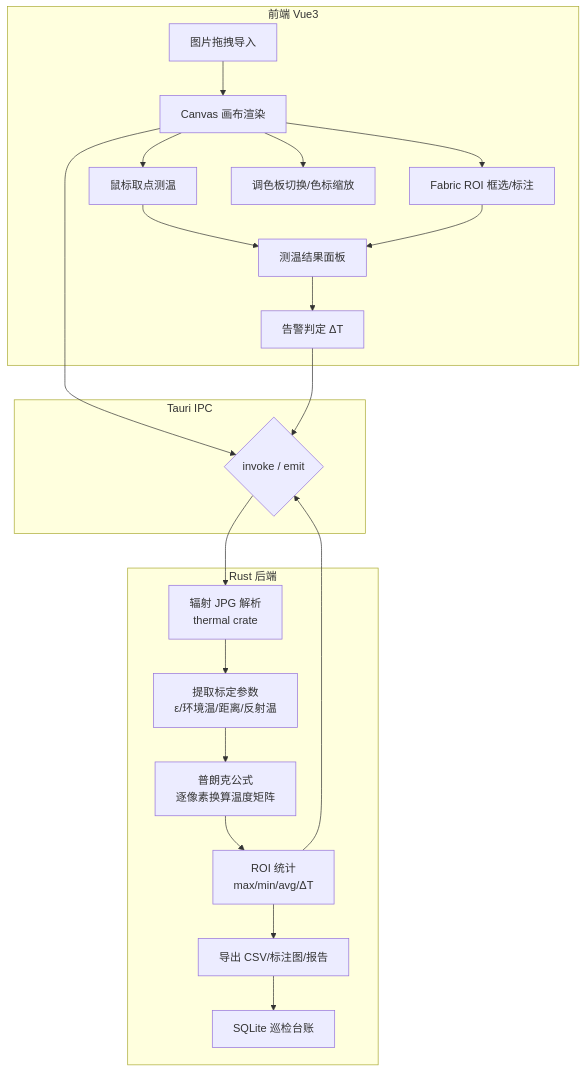
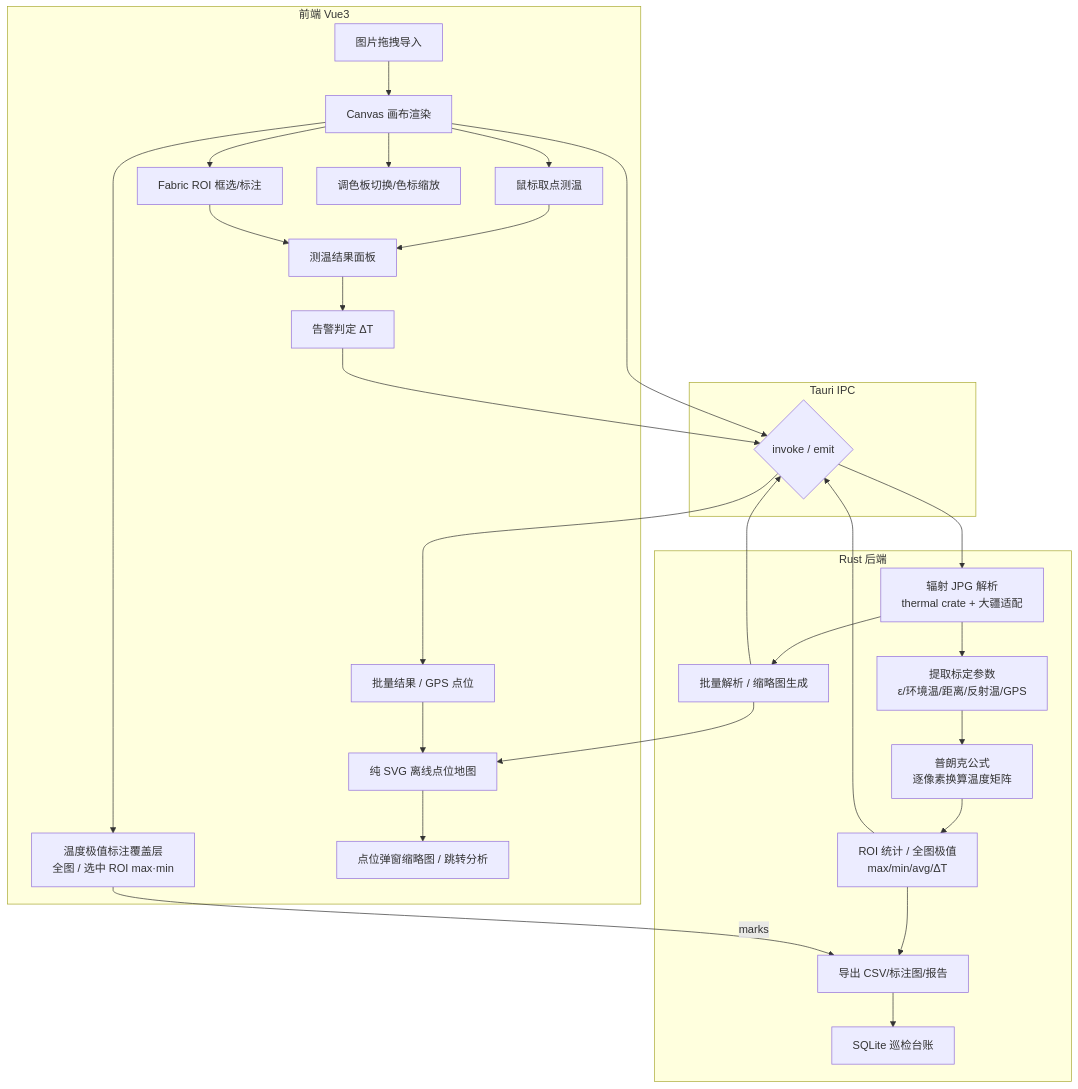
Before and after one commit to Mars-tc/InfraredImageRecognitionToolkit: the first of 2 diagrams in 红外照片分析工具项目开发文档.md, drawn with Mermaid. The commit also changed other lines of this file and 1 other file, not shown here.

````diff
--- a/红外照片分析工具项目开发文档.md
+++ b/红外照片分析工具项目开发文档.md
@@ -71,30 +77,38 @@
 ```mermaid
 flowchart TD
     subgraph 前端 Vue3
         A[图片拖拽导入] --> B[Canvas 画布渲染]
         B --> C[鼠标取点测温]
         B --> D[Fabric ROI 框选/标注]
         B --> E[调色板切换/色标缩放]
+        B --> T[温度极值标注覆盖层<br/>全图 / 选中 ROI max·min]
         C --> F[测温结果面板]
         D --> F
         F --> G[告警判定 ΔT]
+        P[批量结果 / GPS 点位] --> Q[纯 SVG 离线点位地图]
+        Q --> R[点位弹窗缩略图 / 跳转分析]
     end
 
     subgraph Tauri IPC
         H{invoke / emit}
     end
 
     subgraph Rust 后端
-        I[辐射 JPG 解析<br/>thermal crate]
-        I --> J[提取标定参数<br/>ε/环境温/距离/反射温]
+        I[辐射 JPG 解析<br/>thermal crate + 大疆适配]
+        I --> J[提取标定参数<br/>ε/环境温/距离/反射温/GPS]
         J --> K[普朗克公式<br/>逐像素换算温度矩阵]
-        K --> L[ROI 统计<br/>max/min/avg/ΔT]
+        K --> L[ROI 统计 / 全图极值<br/>max/min/avg/ΔT]
         L --> M[导出 CSV/标注图/报告]
         M --> N[SQLite 巡检台账]
+        I --> O[批量解析 / 缩略图生成]
     end
 
     B --> H
     H --> I
     L --> H
     G --> H
+    O --> H
+    H --> P
+    O --> Q
+    T -->|marks| M
 ```
````
